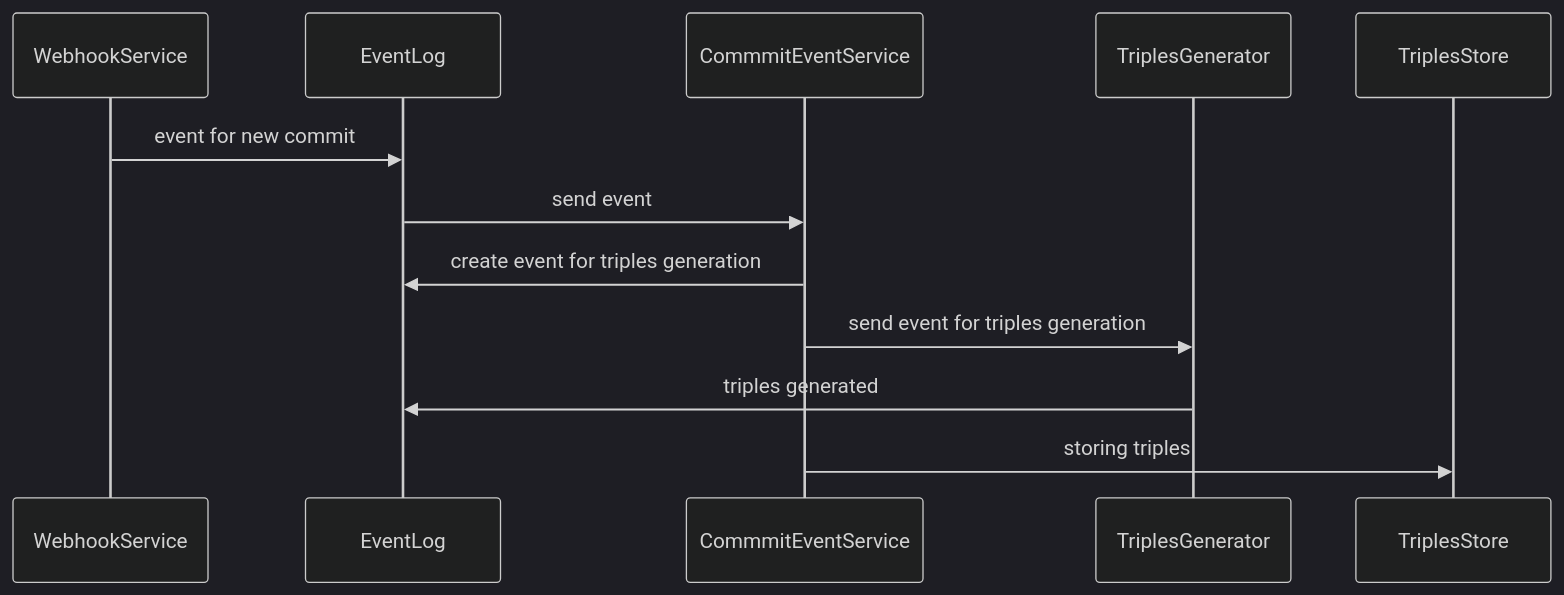
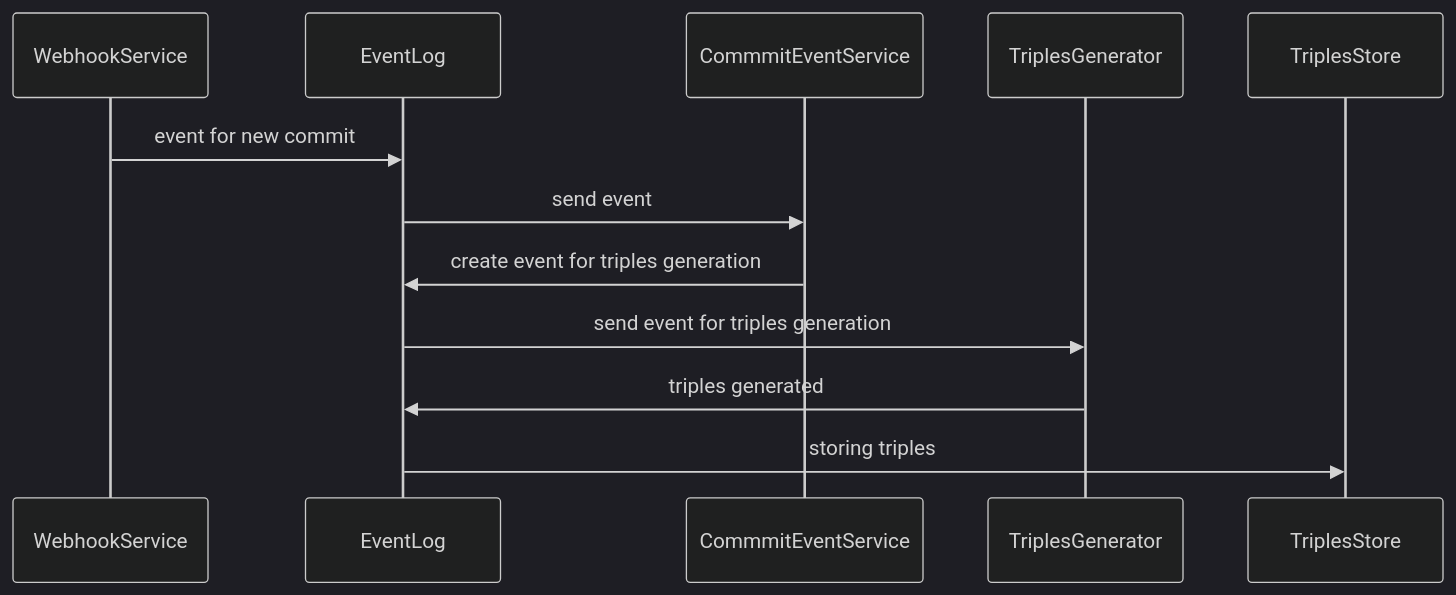
Before and after one commit to SwissDataScienceCenter/renku-graph: the third of 3 diagrams in README.md, drawn with Mermaid (dark theme).

Commit message:
docs: modified to sequence diagram

````diff
--- a/README.md
+++ b/README.md
@@ -69,14 +69,14 @@
 ```mermaid
 sequenceDiagram
     participant WebhookService
     participant EventLog
     participant CommmitEventService
     participant TriplesGenerator
     participant TriplesStore
     WebhookService ->>EventLog: event for new commit 
     EventLog ->>CommmitEventService: send event
     CommmitEventService ->>EventLog: create event for triples generation
-    CommmitEventService ->>TriplesGenerator: send event for triples generation
+    EventLog ->>TriplesGenerator: send event for triples generation
     TriplesGenerator ->>EventLog: triples generated
-    CommmitEventService ->>TriplesStore: storing triples
+    EventLog ->>TriplesStore: storing triples
 ```
````
